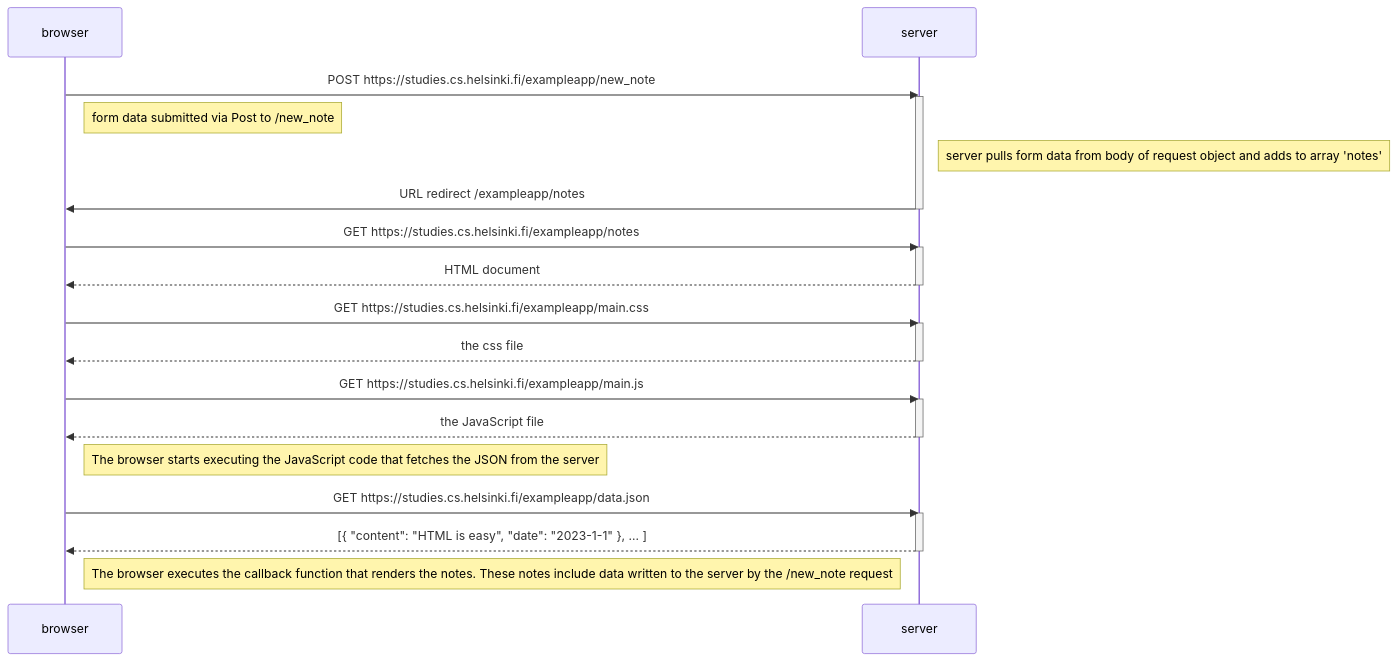
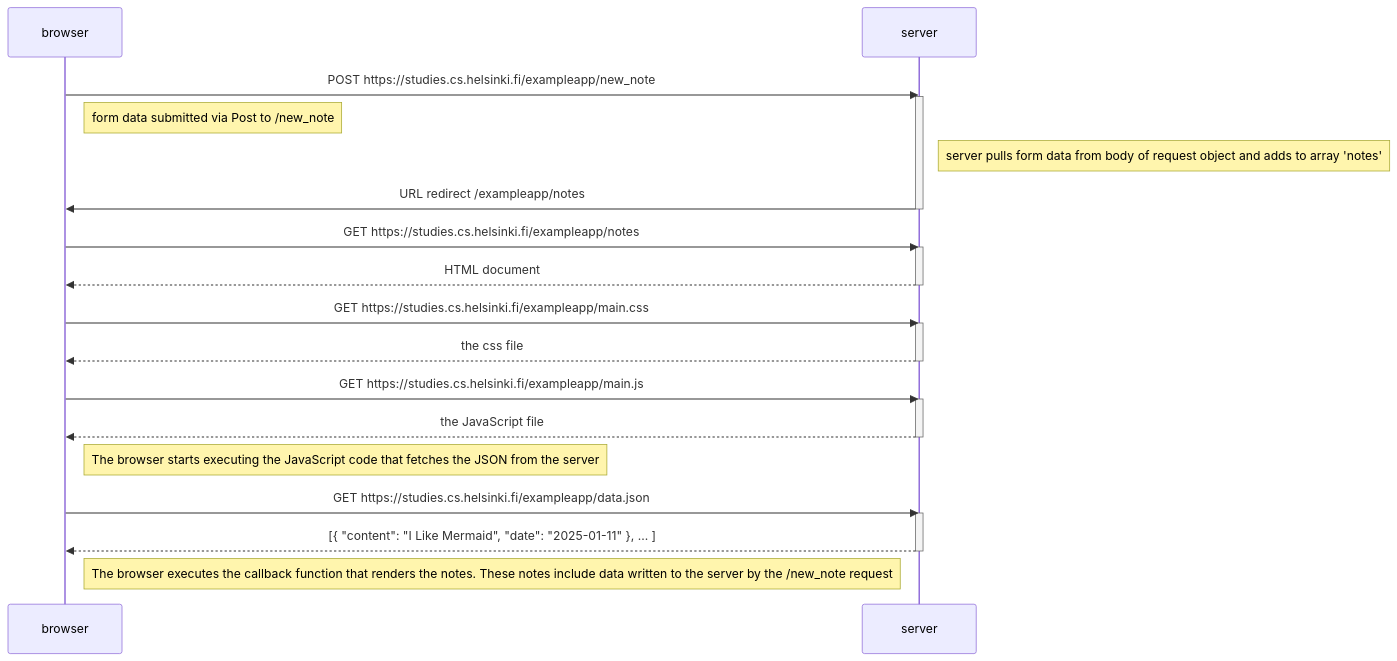
The diagram in New_Note_Diagram.MD (jakeu9623/part0), drawn with Mermaid before and after one commit.

````diff
--- a/New_Note_Diagram.MD
+++ b/New_Note_Diagram.MD
@@ -1,39 +1,39 @@
 ```mermaid
 sequenceDiagram
     participant browser 
     participant server
 
     browser->>server: POST https://studies.cs.helsinki.fi/exampleapp/new_note
     activate server
 
     Note right of browser: form data submitted via Post to /new_note
     Note right of server: server pulls form data from body of request object and adds to array 'notes'
 
     server->>browser: URL redirect /exampleapp/notes
     deactivate server
 
     browser->>server: GET https://studies.cs.helsinki.fi/exampleapp/notes
     activate server
     server-->>browser: HTML document
     deactivate server
 
     browser->>server: GET https://studies.cs.helsinki.fi/exampleapp/main.css
     activate server
     server-->>browser: the css file
     deactivate server
 
     browser->>server: GET https://studies.cs.helsinki.fi/exampleapp/main.js
     activate server
     server-->>browser: the JavaScript file
     deactivate server
 
     Note right of browser: The browser starts executing the JavaScript code that fetches the JSON from the server
 
     browser->>server: GET https://studies.cs.helsinki.fi/exampleapp/data.json
     activate server
-    server-->>browser: [{ "content": "HTML is easy", "date": "2023-1-1" }, ... ]
+    server-->>browser: [{ "content": "I Like Mermaid", "date": "2025-01-11" }, ... ]
     deactivate server
 
     Note right of browser: The browser executes the callback function that renders the notes. These notes include data written to the server by the /new_note request
 
 ```
````
